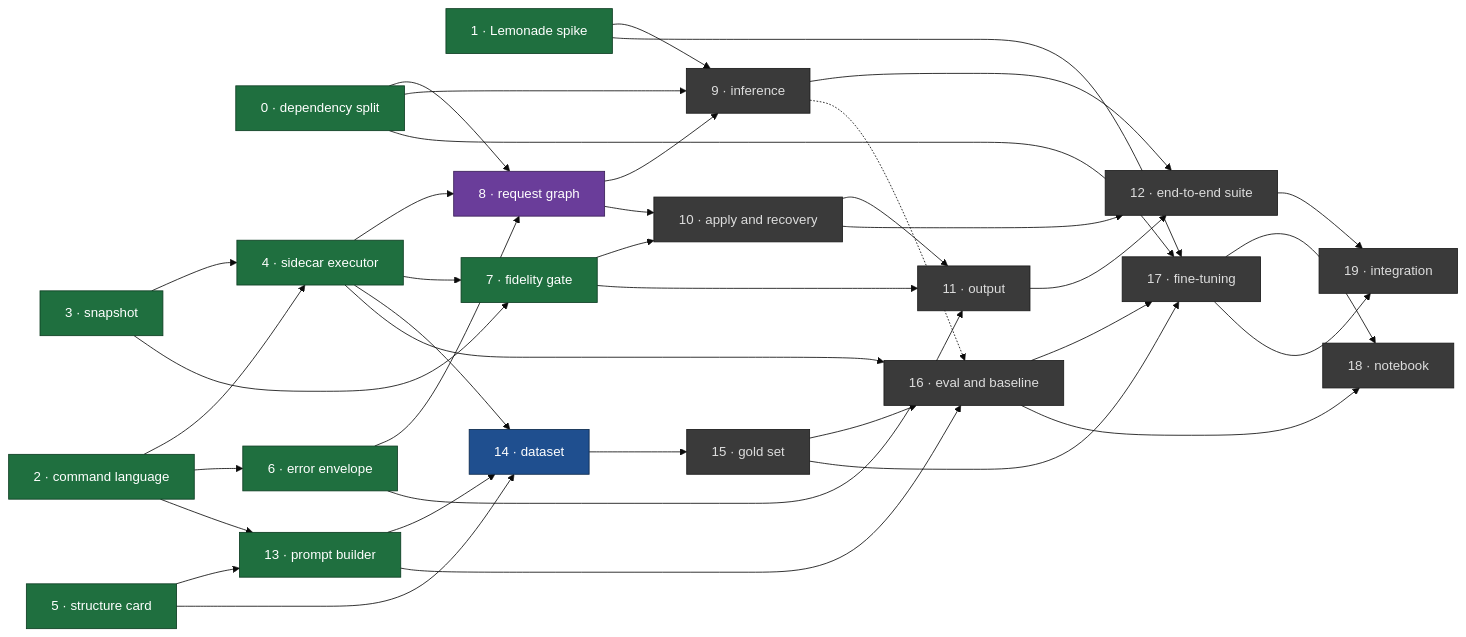
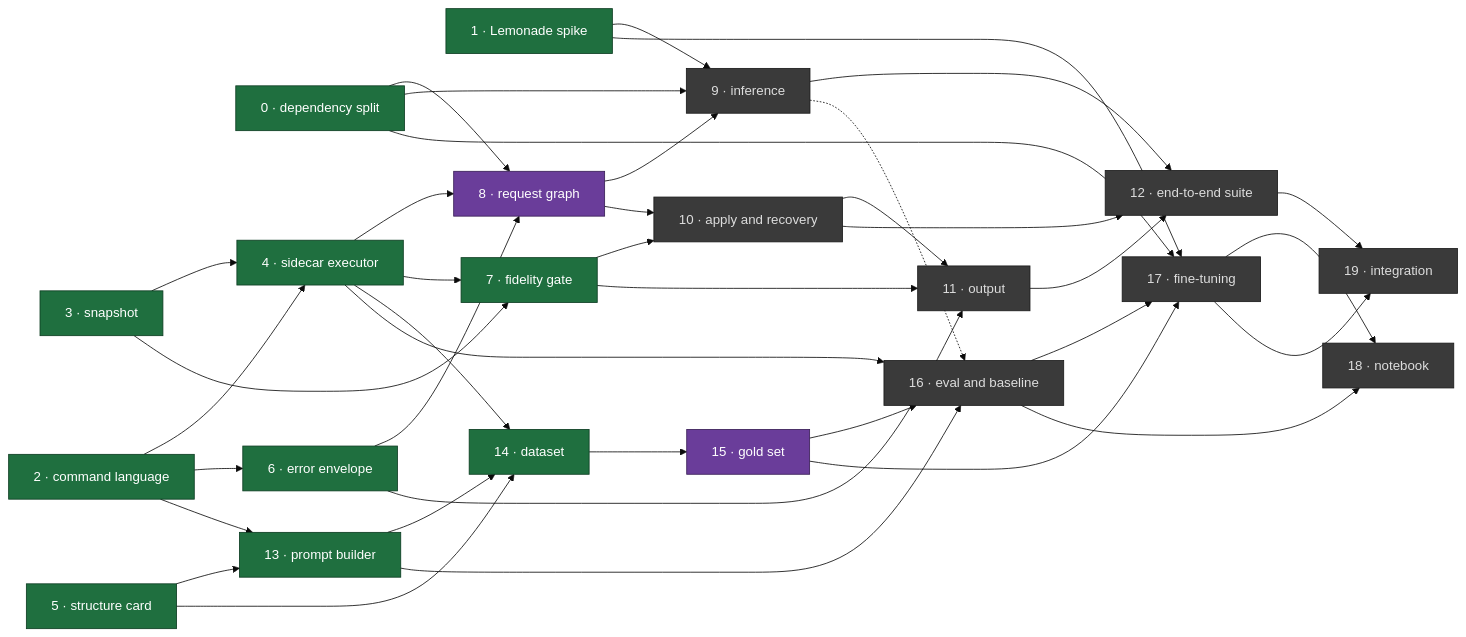
Before and after one commit to urban233/pymol-copilot: the diagram in docs/master_plan.md, drawn with Mermaid (base theme). The commit also changed other lines of this file and 3 other files, not shown here.

Commit message:
docs: Document the gold set, split and audit; mark item 14 done

````diff
--- a/docs/master_plan.md
+++ b/docs/master_plan.md
@@ -112,67 +112,67 @@
 ```mermaid
 flowchart LR
   classDef done fill:#1f6f3f,stroke:#0d3d22,color:#fff
   classDef review fill:#8a6d1a,stroke:#4d3c0c,color:#fff
   classDef ready fill:#1f4f8f,stroke:#0d2a4d,color:#fff
   classDef progress fill:#6a3d9a,stroke:#3a1f57,color:#fff
   classDef blocked fill:#3a3a3a,stroke:#1a1a1a,color:#ddd
 
   I0["0 · dependency split"]:::done
   I1["1 · Lemonade spike"]:::done
   I2["2 · command language"]:::done
   I3["3 · snapshot"]:::done
   I4["4 · sidecar executor"]:::done
   I5["5 · structure card"]:::done
   I6["6 · error envelope"]:::done
   I7["7 · fidelity gate"]:::done
   I8["8 · request graph"]:::progress
   I9["9 · inference"]:::blocked
   I10["10 · apply and recovery"]:::blocked
   I11["11 · output"]:::blocked
   I12["12 · end-to-end suite"]:::blocked
   I13["13 · prompt builder"]:::done
-  I14["14 · dataset"]:::ready
-  I15["15 · gold set"]:::blocked
+  I14["14 · dataset"]:::done
+  I15["15 · gold set"]:::progress
   I16["16 · eval and baseline"]:::blocked
   I17["17 · fine-tuning"]:::blocked
   I18["18 · notebook"]:::blocked
   I19["19 · integration"]:::blocked
 
   I2 --> I4
   I3 --> I4
   I2 --> I6
   I0 --> I8
   I4 --> I8
   I6 --> I8
   I3 --> I7
   I4 --> I7
   I0 --> I9
   I1 --> I9
   I8 --> I9
   I7 --> I10
   I8 --> I10
   I6 --> I11
   I7 --> I11
   I10 --> I11
   I9 --> I12
   I10 --> I12
   I11 --> I12
   I2 --> I13
   I5 --> I13
   I4 --> I14
   I5 --> I14
   I13 --> I14
   I14 --> I15
   I15 --> I16
   I13 --> I16
   I4 --> I16
   I9 -.-> I16
   I1 --> I17
   I0 --> I17
   I15 --> I17
   I16 --> I17
   I16 --> I18
   I17 --> I18
   I12 --> I19
   I17 --> I19
 ```
````
